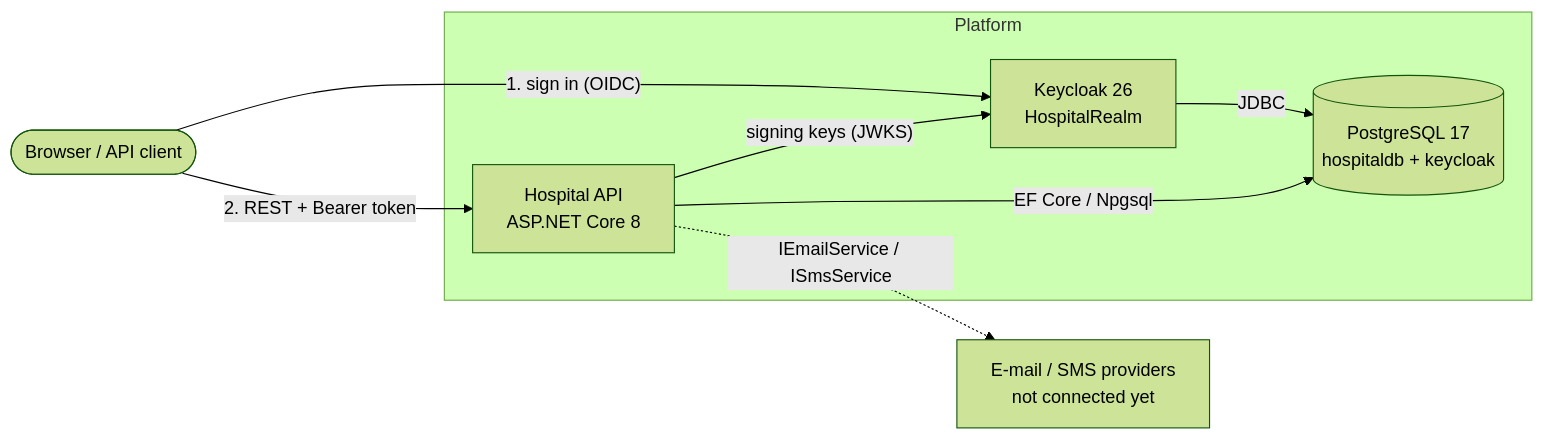
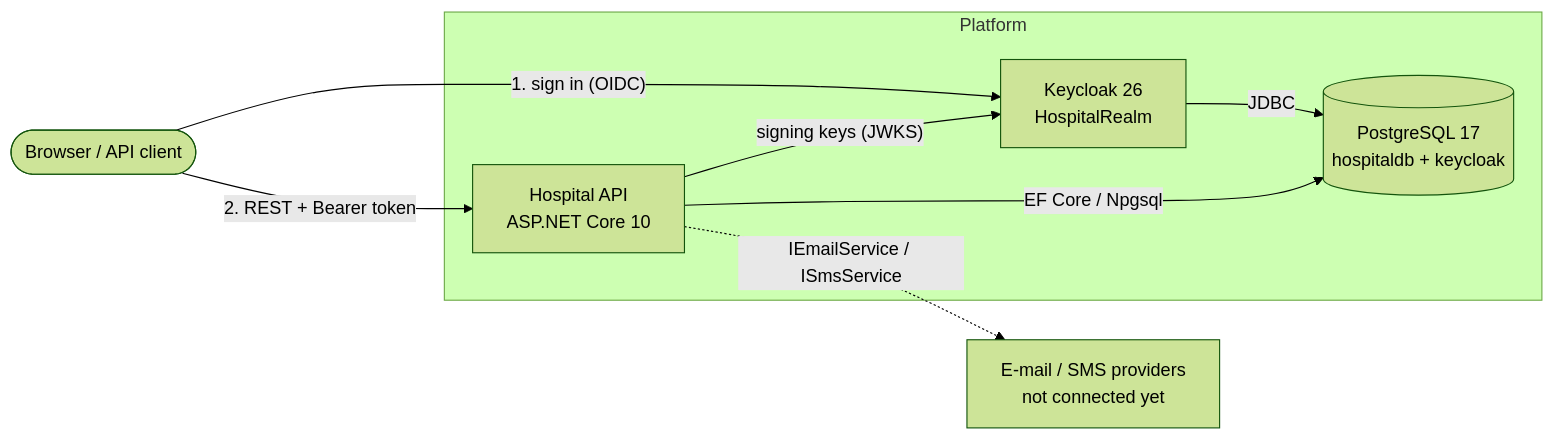
One commit to sanskikljuc123/Hospital-Management changed the first of 4 diagrams in ARCHITECTURE.md. Above: the diagram before and after it, drawn with Mermaid (forest theme). The commit also changed other lines of this file and 21 other files, not shown here.

````diff
--- a/ARCHITECTURE.md
+++ b/ARCHITECTURE.md
@@ -9,17 +9,17 @@
 ```mermaid
 flowchart LR
     user([Browser / API client])
     subgraph platform [Platform]
-        api[Hospital API<br/>ASP.NET Core 8]
+        api[Hospital API<br/>ASP.NET Core 10]
         kc[Keycloak 26<br/>HospitalRealm]
         pg[(PostgreSQL 17<br/>hospitaldb + keycloak)]
     end
     ext[E-mail / SMS providers<br/>not connected yet]
 
     user -- "1. sign in (OIDC)" --> kc
     user -- "2. REST + Bearer token" --> api
     api -- "signing keys (JWKS)" --> kc
     api -- "EF Core / Npgsql" --> pg
     kc -- JDBC --> pg
     api -. "IEmailService / ISmsService" .-> ext
 ```
````
